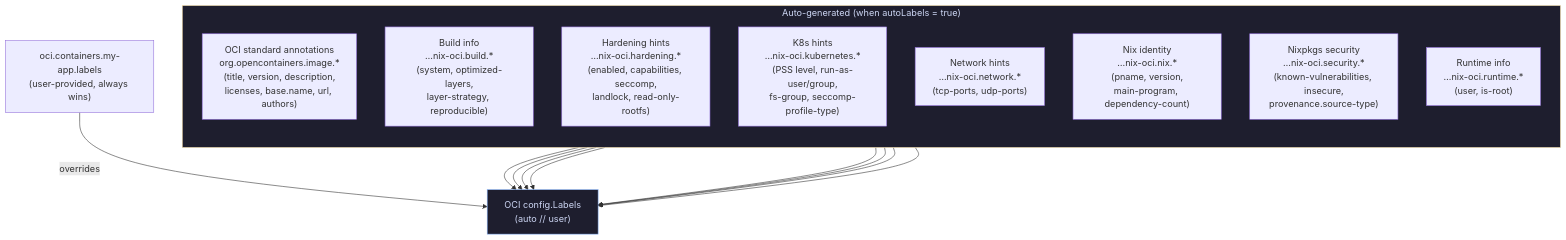
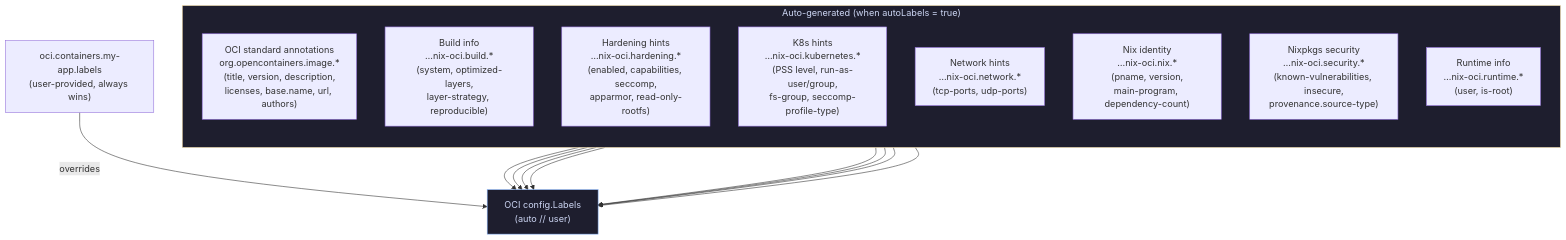
The sixth of 16 diagrams in docs/content/architecture/container-metadata-wiring.md (Dauliac/nix-oci), drawn with Mermaid before and after one commit. The commit also changed 23 other files, not shown here.

First line of the commit message:
refactor(hardening): remove Landlock integration entirely

````diff
--- a/docs/content/architecture/container-metadata-wiring.md
+++ b/docs/content/architecture/container-metadata-wiring.md
@@ -185,31 +185,31 @@
 ```mermaid
 flowchart TD
     subgraph auto ["Auto-generated (when autoLabels = true)"]
         direction TB
         OCI_STD["OCI standard annotations<br/>org.opencontainers.image.*<br/>(title, version, description,<br/>licenses, base.name, url, authors)"]
         BUILD["Build info<br/>…nix-oci.build.*<br/>(system, optimized-layers,<br/>layer-strategy, reproducible)"]
-        HARD["Hardening hints<br/>…nix-oci.hardening.*<br/>(enabled, capabilities, seccomp,<br/>landlock, read-only-rootfs)"]
+        HARD["Hardening hints<br/>…nix-oci.hardening.*<br/>(enabled, capabilities, seccomp,<br/>apparmor, read-only-rootfs)"]
         K8S["K8s hints<br/>…nix-oci.kubernetes.*<br/>(PSS level, run-as-user/group,<br/>fs-group, seccomp-profile-type)"]
         NET["Network hints<br/>…nix-oci.network.*<br/>(tcp-ports, udp-ports)"]
         NIX["Nix identity<br/>…nix-oci.nix.*<br/>(pname, version,<br/>main-program, dependency-count)"]
         SEC["Nixpkgs security<br/>…nix-oci.security.*<br/>(known-vulnerabilities, insecure,<br/>provenance.source-type)"]
         RT["Runtime info<br/>…nix-oci.runtime.*<br/>(user, is-root)"]
     end
 
     User["oci.containers.my-app.labels<br/>(user-provided, always wins)"]
 
     Merged["OCI config.Labels<br/>(auto // user)"]
 
     OCI_STD --> Merged
     BUILD --> Merged
     HARD --> Merged
     K8S --> Merged
     NET --> Merged
     NIX --> Merged
     SEC --> Merged
     RT --> Merged
     User -->|"overrides"| Merged
 
     style auto fill:#1e1e2e,stroke:#f9e2ae,color:#cdd6f4
     style Merged fill:#1e1e2e,stroke:#89b4fa,color:#cdd6f4
 ```
````
